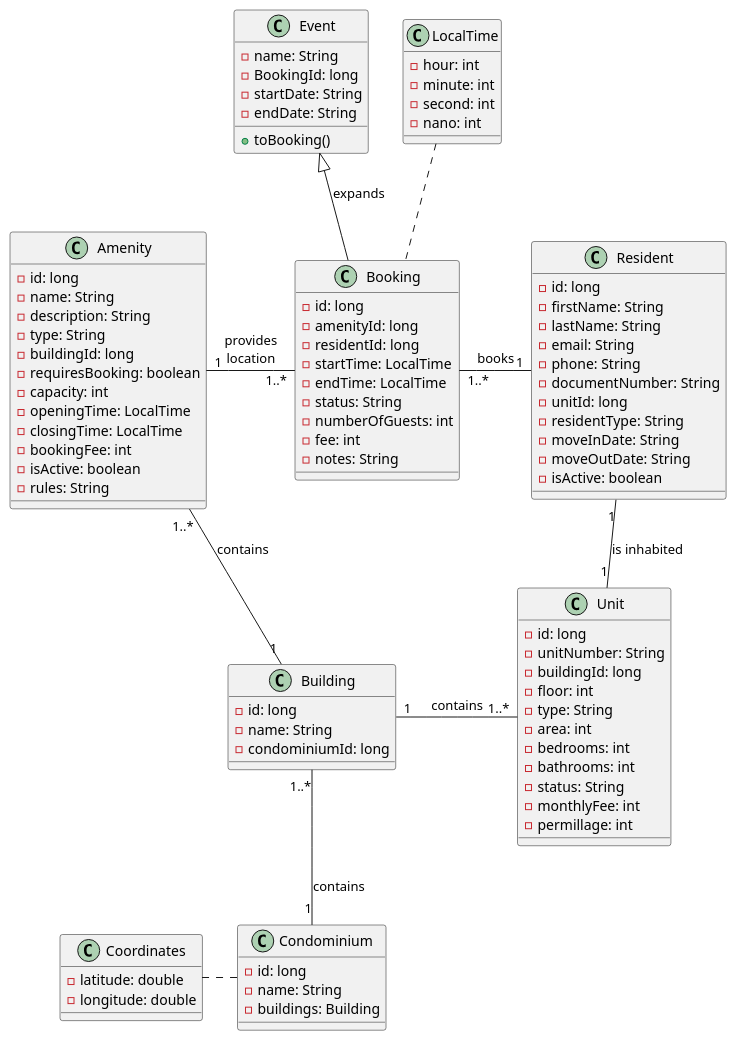
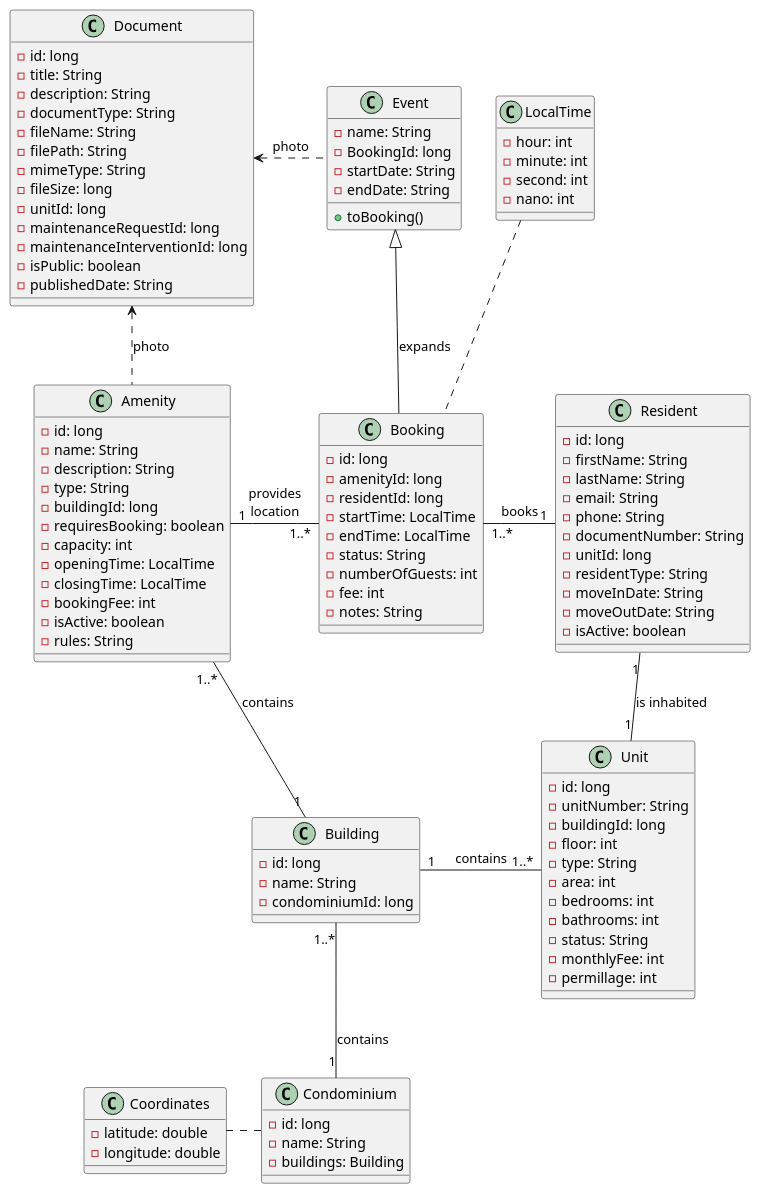
Before and after one commit to MiguelSantos568/DSSMV_ProjectDroid_1231121_1240568: the diagram in app/doc/DomainModel.puml, drawn with PlantUML. The commit also changed 6 other files, not shown here.

```diff
--- a/app/doc/DomainModel.puml
+++ b/app/doc/DomainModel.puml
@@ -1,106 +1,125 @@
 @startuml
 
 '----- Classes -----
+
+class "Document"{
+    - id: long
+    - title: String
+    - description: String
+    - documentType: String
+    - fileName: String
+    - filePath: String
+    - mimeType: String
+    - fileSize: long
+    - unitId: long
+    - maintenanceRequestId: long
+    - maintenanceInterventionId: long
+    - isPublic: boolean
+    - publishedDate: String
+}
 
 class "Condominium"{
     - id: long
     - name: String
     - buildings: Building
 }
 
 class "Coordinates"{
     - latitude: double
     - longitude: double
 }
 
 class "Amenity"{
     - id: long
     - name: String
     - description: String
     - type: String
     - buildingId: long
     - requiresBooking: boolean
     - capacity: int
     - openingTime: LocalTime
     - closingTime: LocalTime
     - bookingFee: int
     - isActive: boolean
     - rules: String
 }
 
 class "Booking"{
     - id: long
     - amenityId: long
     - residentId: long
     - startTime: LocalTime
     - endTime: LocalTime
     - status: String
     - numberOfGuests: int
     - fee: int
     - notes: String
 }
 
 class "Building"{
     - id: long
     - name: String
     - condominiumId: long
 }
 
 class "Resident"{
     - id: long
     - firstName: String
     - lastName: String
     - email: String
     - phone: String
     - documentNumber: String
     - unitId: long
     - residentType: String
     - moveInDate: String
     - moveOutDate: String
     - isActive: boolean
 }
 
 class "Unit"{
     - id: long
     - unitNumber: String
     - buildingId: long
     - floor: int
     - type: String
     - area: int
     - bedrooms: int
     - bathrooms: int
     - status: String
     - monthlyFee: int
     - permillage: int
 }
 
 class "LocalTime"{
     - hour: int
     - minute: int
     - second: int
     - nano: int
 }
 
 class "Event"{
     - name: String
     - BookingId: long
     - startDate: String
     - endDate: String
     +toBooking()
 }
 
 '----- Connections -----
 
 "Coordinates" -right. "Condominium"
 "LocalTime" -. "Booking"
 
 "Building" "1..*"--"1" "Condominium" : "contains"
 "Amenity" "1..*"--"1" "Building" : "contains"
 "Unit" "1..*"-left-"1" "Building" : "contains"
 "Resident" "1"--"1" "Unit" : "is inhabited"
 "Booking" "1..*"-right-"1" "Resident" : "books"
 "Booking" "1..*"-left-"1" "Amenity" : "provides\nlocation"
 
 "Booking" -up-|> "Event" : "expands"
 
+"Amenity" -left.> "Document" : photo
+"Event" -left.> "Document" : photo
+
 @enduml
```
